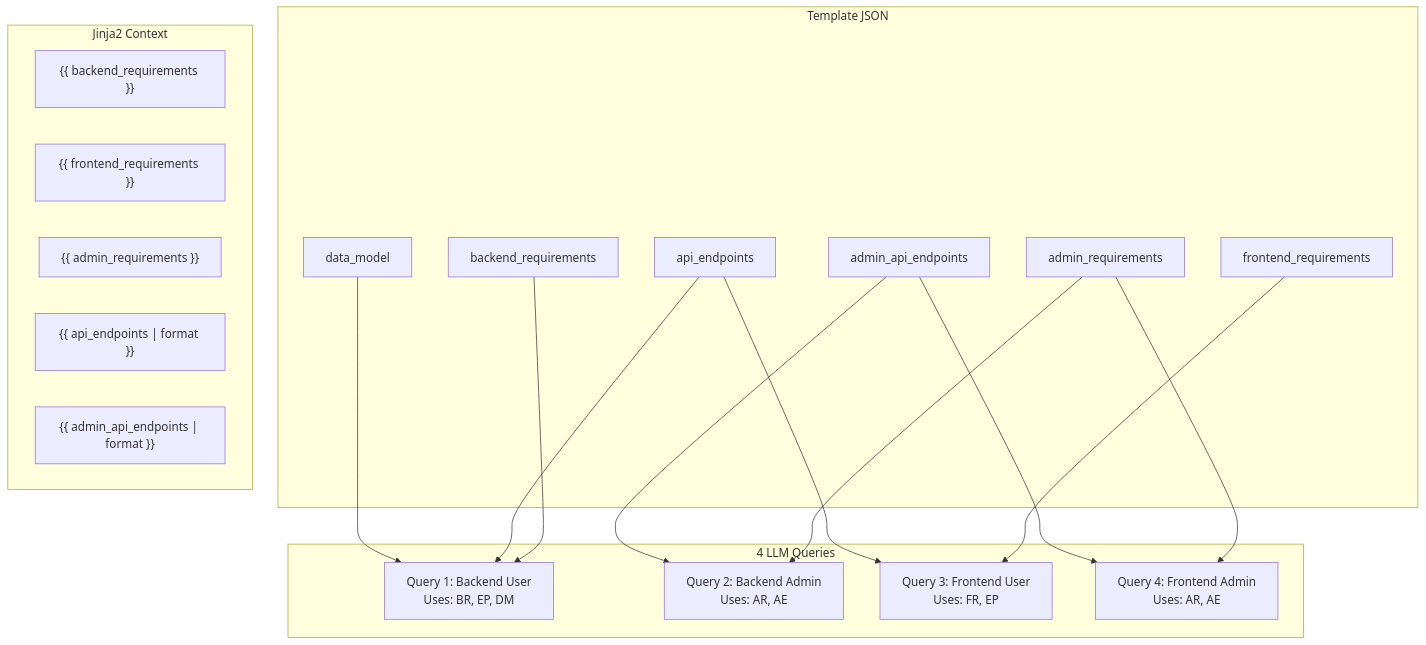
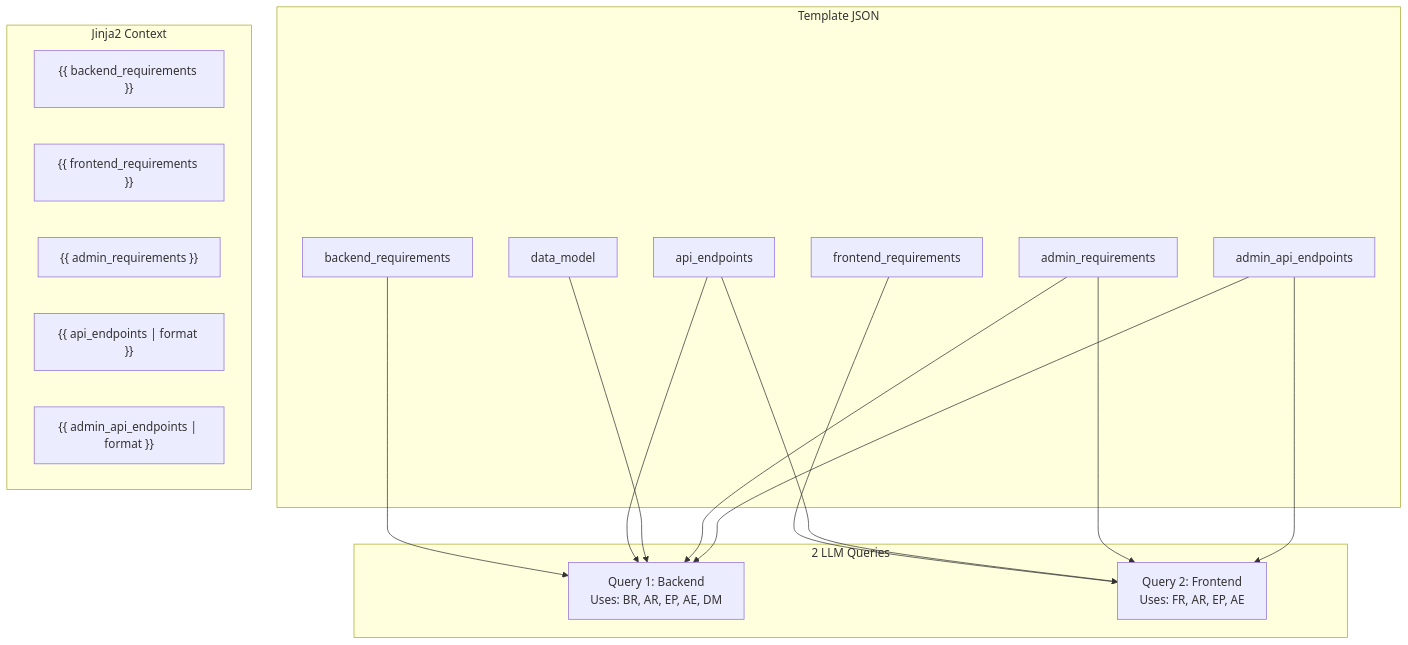
One commit to GrabowMar/ThesisAppRework changed the fourth of 4 diagrams in docs/TEMPLATE_SPECIFICATION.md. Above: the diagram before and after it, drawn with Mermaid. The commit also changed other lines of this file and 22 other files, not shown here.

````diff
--- a/docs/TEMPLATE_SPECIFICATION.md
+++ b/docs/TEMPLATE_SPECIFICATION.md
@@ -300,36 +304,34 @@
 ```mermaid
 flowchart TB
     subgraph Template["Template JSON"]
         BR["backend_requirements"]
         FR["frontend_requirements"]
         AR["admin_requirements"]
         EP["api_endpoints"]
         AE["admin_api_endpoints"]
         DM["data_model"]
     end
     
     subgraph Jinja["Jinja2 Context"]
         C1["{{ backend_requirements }}"]
         C2["{{ frontend_requirements }}"]
         C3["{{ admin_requirements }}"]
         C4["{{ api_endpoints | format }}"]
         C5["{{ admin_api_endpoints | format }}"]
     end
     
-    subgraph Queries["4 LLM Queries"]
-        Q1["Query 1: Backend User\nUses: BR, EP, DM"]
-        Q2["Query 2: Backend Admin\nUses: AR, AE"]
-        Q3["Query 3: Frontend User\nUses: FR, EP"]
-        Q4["Query 4: Frontend Admin\nUses: AR, AE"]
+    subgraph Queries["2 LLM Queries"]
+        Q1["Query 1: Backend\nUses: BR, AR, EP, AE, DM"]
+        Q2["Query 2: Frontend\nUses: FR, AR, EP, AE"]
     end
     
     BR --> Q1
     EP --> Q1
     DM --> Q1
+    AR --> Q1
+    AE --> Q1
+    FR --> Q2
+    EP --> Q2
     AR --> Q2
     AE --> Q2
-    FR --> Q3
-    EP --> Q3
-    AR --> Q4
-    AE --> Q4
 ```
````
